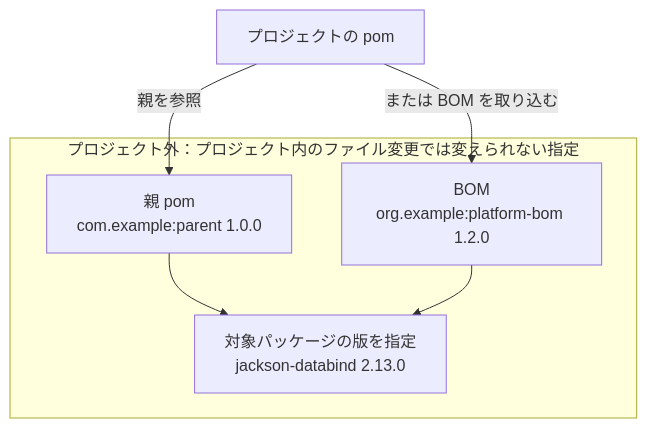
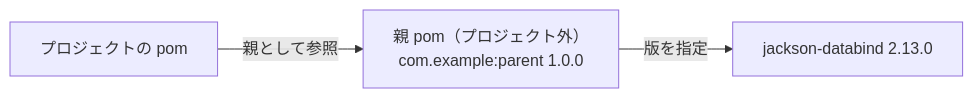
Before and after one commit to kitsunetrail/kestrelynx: the second of 2 diagrams in docs-ja/documentation/remediation-fix-hints.md, drawn with Mermaid. The commit also changed other lines of this file and 15 other files, not shown here.

````diff
--- a/docs-ja/documentation/remediation-fix-hints.md
+++ b/docs-ja/documentation/remediation-fix-hints.md
@@ -304,9 +230,5 @@
 ```mermaid
-flowchart TD
-    P["プロジェクトの pom"] -->|"親を参照"| A["親 pom<br/>com.example:parent 1.0.0"]
-    P -->|"または BOM を取り込む"| B["BOM<br/>org.example:platform-bom 1.2.0"]
-    subgraph E["プロジェクト外：プロジェクト内のファイル変更では変えられない指定"]
-        A --> V["対象パッケージの版を指定<br/>jackson-databind 2.13.0"]
-        B --> V
-    end
+flowchart LR
+    P["プロジェクトの pom"] -->|"親として参照"| A["親 pom（プロジェクト外）<br/>com.example:parent 1.0.0"]
+    A -->|"版を指定"| V["jackson-databind 2.13.0"]
 ```
````
